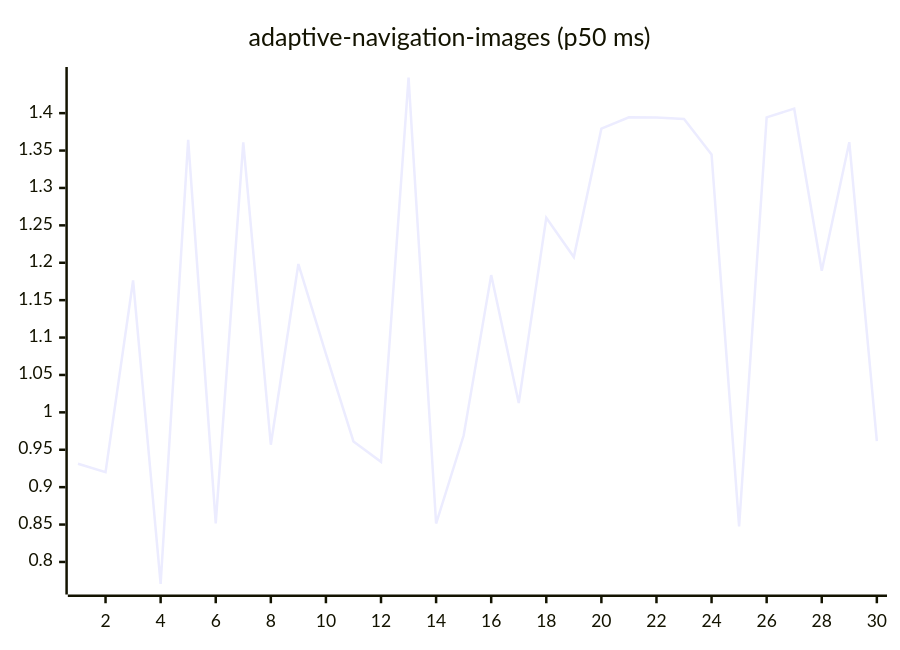
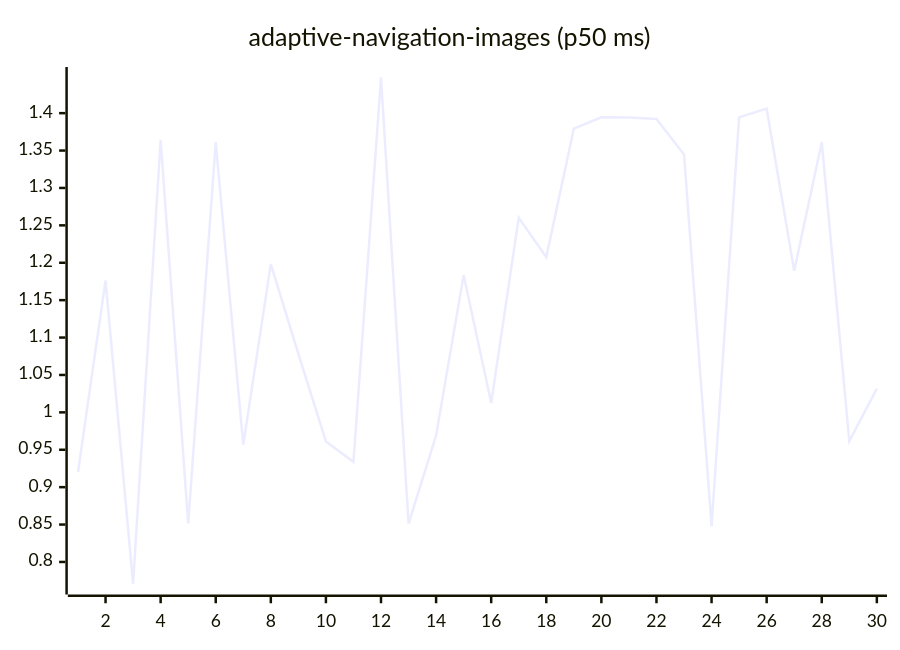
The first of 27 diagrams in README.md (josha/Facet), drawn with Mermaid before and after one commit. The commit also changed other lines of this file and 2 other files, not shown here.

````diff
--- a/README.md
+++ b/README.md
@@ -63,6 +63,6 @@
 ```mermaid
 xychart-beta
     title "adaptive-navigation-images (p50 ms)"
     x-axis 1 --> 30
-    line [0.9312, 0.9201, 1.1763, 0.7707, 1.3642, 0.8516, 1.3610, 0.9567, 1.1983, 1.0783, 0.9612, 0.9339, 1.4475, 0.8514, 0.9690, 1.1835, 1.0125, 1.2600, 1.2076, 1.3793, 1.3944, 1.3942, 1.3921, 1.3447, 0.8475, 1.3944, 1.4060, 1.1893, 1.3612, 0.9615]
+    line [0.9201, 1.1763, 0.7707, 1.3642, 0.8516, 1.3610, 0.9567, 1.1983, 1.0783, 0.9612, 0.9339, 1.4475, 0.8514, 0.9690, 1.1835, 1.0125, 1.2600, 1.2076, 1.3793, 1.3944, 1.3942, 1.3921, 1.3447, 0.8475, 1.3944, 1.4060, 1.1893, 1.3612, 0.9615, 1.0317]
 ```
````
